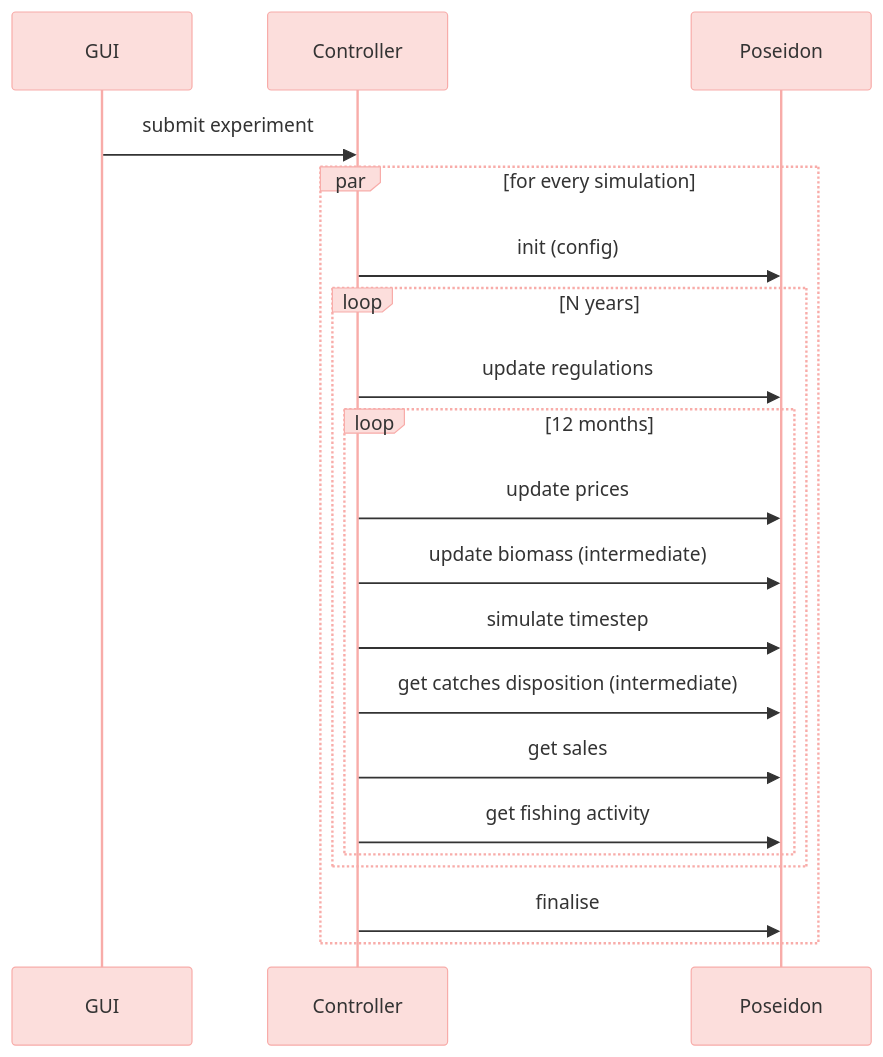
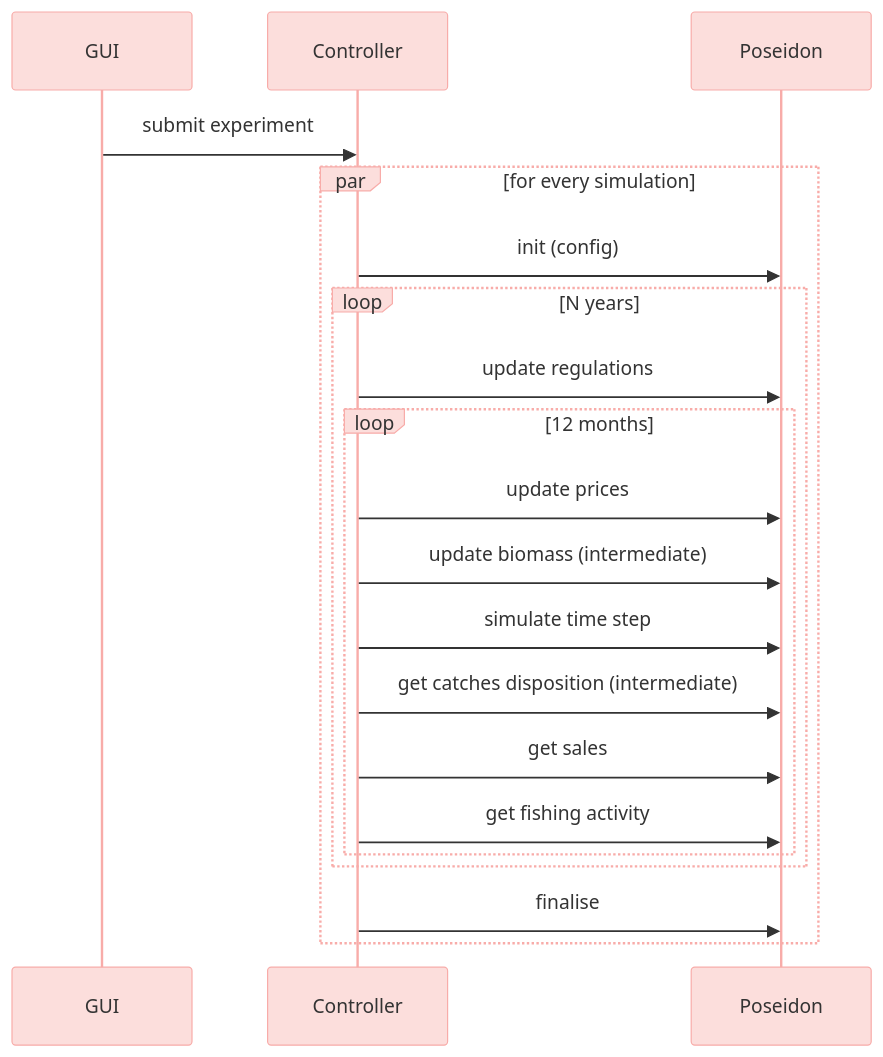
One commit to SURIMI-Project/SURIMI-project changed the diagram in deliverables/D3.3 - Agent-based model/D3.3 - Agent-based model.md. Above: the diagram before and after it, drawn with Mermaid. The commit also changed other lines of this file, not shown here.

````diff
--- a/deliverables/D3.3 - Agent-based model/D3.3 - Agent-based model.md
+++ b/deliverables/D3.3 - Agent-based model/D3.3 - Agent-based model.md
@@ -64,31 +65,31 @@
 ```mermaid
 %%{init: {'theme': 'base', 'themeVariables': {'primaryColor': '#FCDEDC', 'primaryBorderColor': '#F8ACA9', 'edgeLabelBackground': '#FFFFFF'}}}%%
 
  sequenceDiagram
 
     participant GUI
     participant Controller
     participant Poseidon
 
     %% Initialisation %%
     %% this is the init %%
     GUI ->> Controller: submit experiment
     par for every simulation
 
     Controller ->> Poseidon: init (config)
 
     loop N years
         Controller ->> Poseidon: update regulations
         loop 12 months
             Controller ->> Poseidon: update prices
             Controller ->> Poseidon: update biomass (intermediate)
-            Controller ->> Poseidon: simulate timestep
+            Controller ->> Poseidon: simulate time step
             Controller ->> Poseidon: get catches disposition (intermediate) 
 
             Controller ->> Poseidon: get sales
             Controller ->> Poseidon: get fishing activity
         end
     end
     Controller ->> Poseidon: finalise
 end
 ```
````
